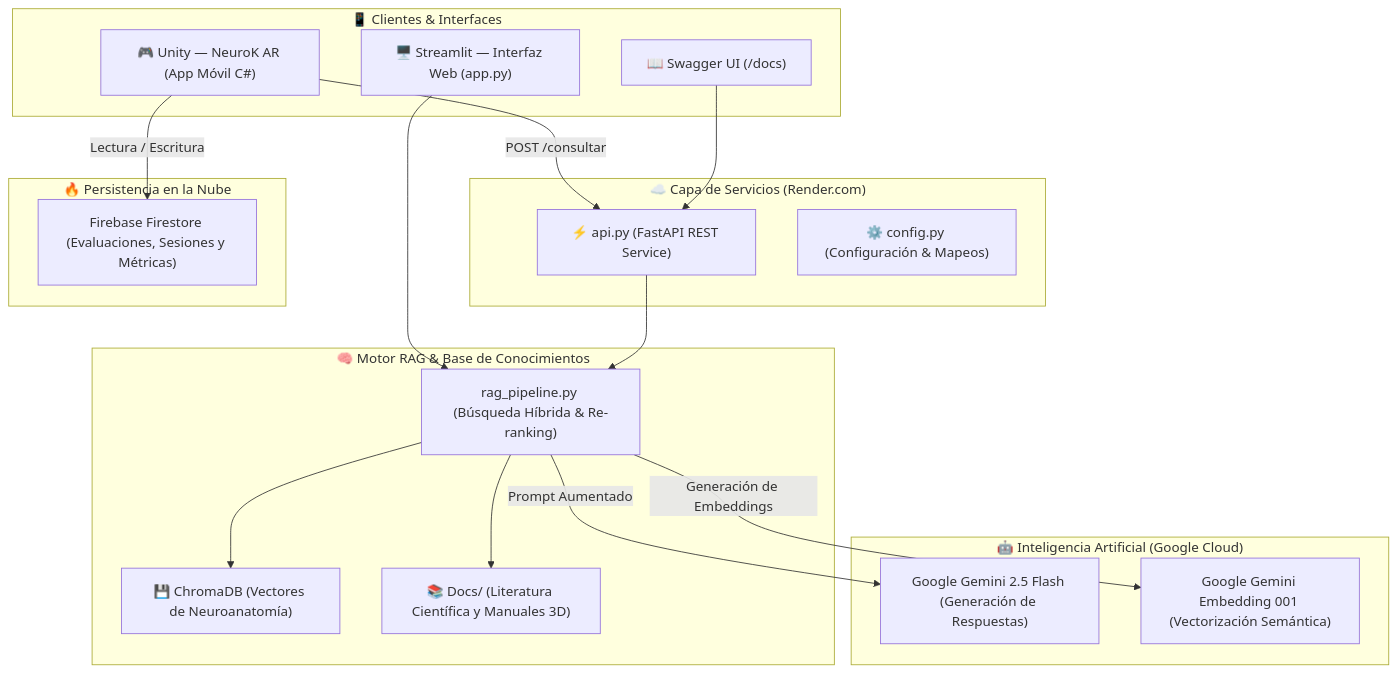
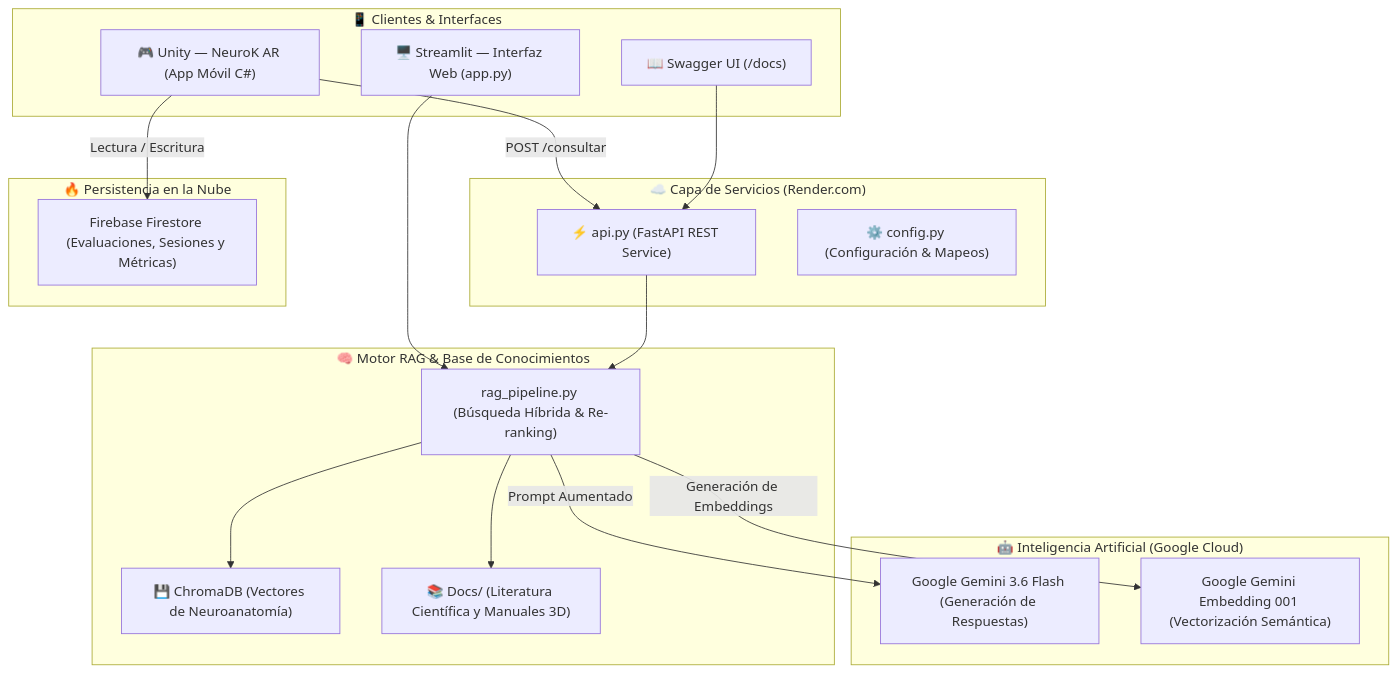
Before and after one commit to Vivi271/Atena: the diagram in README.md, drawn with Mermaid. The commit also changed other lines of this file and 4 other files, not shown here.

Commit message:
Actualizar modelo LLM a gemini-3.6-flash

````diff
--- a/README.md
+++ b/README.md
@@ -22,38 +22,38 @@
 ```mermaid
 flowchart TD
     subgraph Clientes ["📱 Clientes & Interfaces"]
         UNITY["🎮 Unity — NeuroK AR (App Móvil C#)"]
         WEB["🖥️ Streamlit — Interfaz Web (app.py)"]
         DOCS_UI["📖 Swagger UI (/docs)"]
     end
 
     subgraph API_Layer ["☁️ Capa de Servicios (Render.com)"]
         API["⚡ api.py (FastAPI REST Service)"]
         CONF["⚙️ config.py (Configuración & Mapeos)"]
     end
 
     subgraph RAG_Engine ["🧠 Motor RAG & Base de Conocimientos"]
         RAG["rag_pipeline.py (Búsqueda Híbrida & Re-ranking)"]
         CHROMA["💾 ChromaDB (Vectores de Neuroanatomía)"]
         DOCS["📚 Docs/ (Literatura Científica y Manuales 3D)"]
     end
 
     subgraph AI_Cloud ["🤖 Inteligencia Artificial (Google Cloud)"]
-        LLM["Google Gemini 2.5 Flash (Generación de Respuestas)"]
+        LLM["Google Gemini 3.6 Flash (Generación de Respuestas)"]
         EMB["Google Gemini Embedding 001 (Vectorización Semántica)"]
     end
 
     subgraph Persistence ["🔥 Persistencia en la Nube"]
         FIREBASE["Firebase Firestore (Evaluaciones, Sesiones y Métricas)"]
     end
 
     UNITY -->|POST /consultar| API
     UNITY -->|Lectura / Escritura| FIREBASE
     WEB --> RAG
     DOCS_UI --> API
     API --> RAG
     RAG --> CHROMA
     RAG --> DOCS
     RAG -->|Prompt Aumentado| LLM
     RAG -->|Generación de Embeddings| EMB
 ```
````
